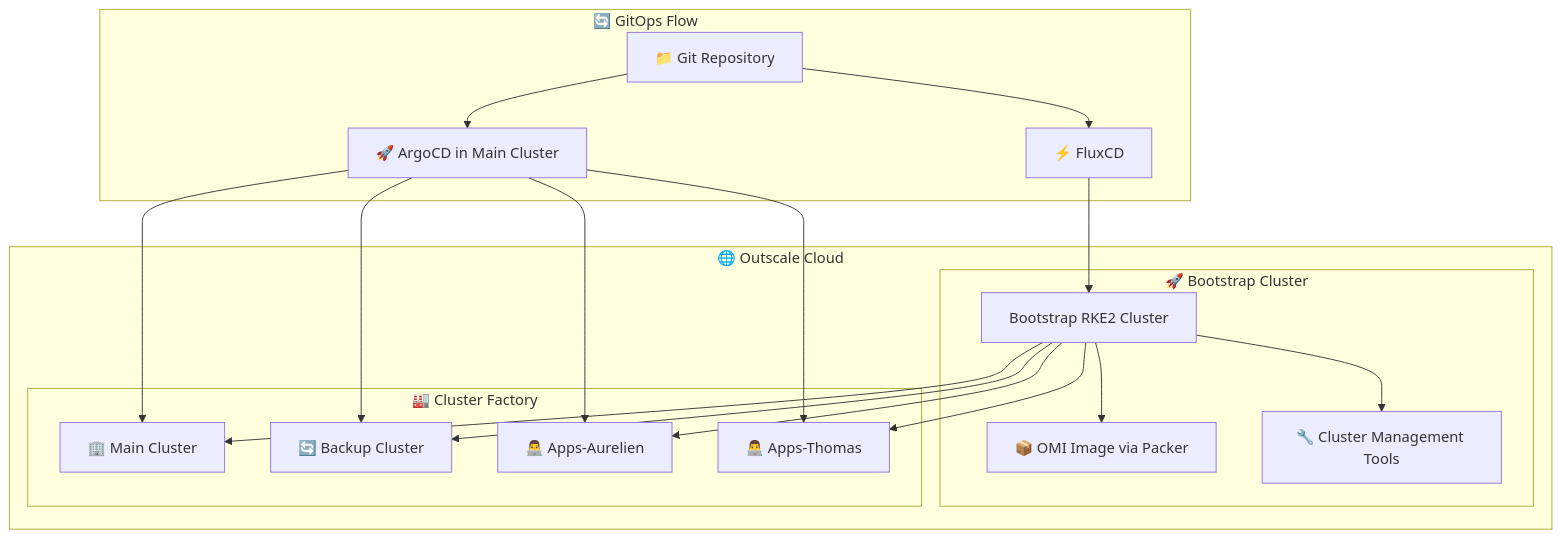
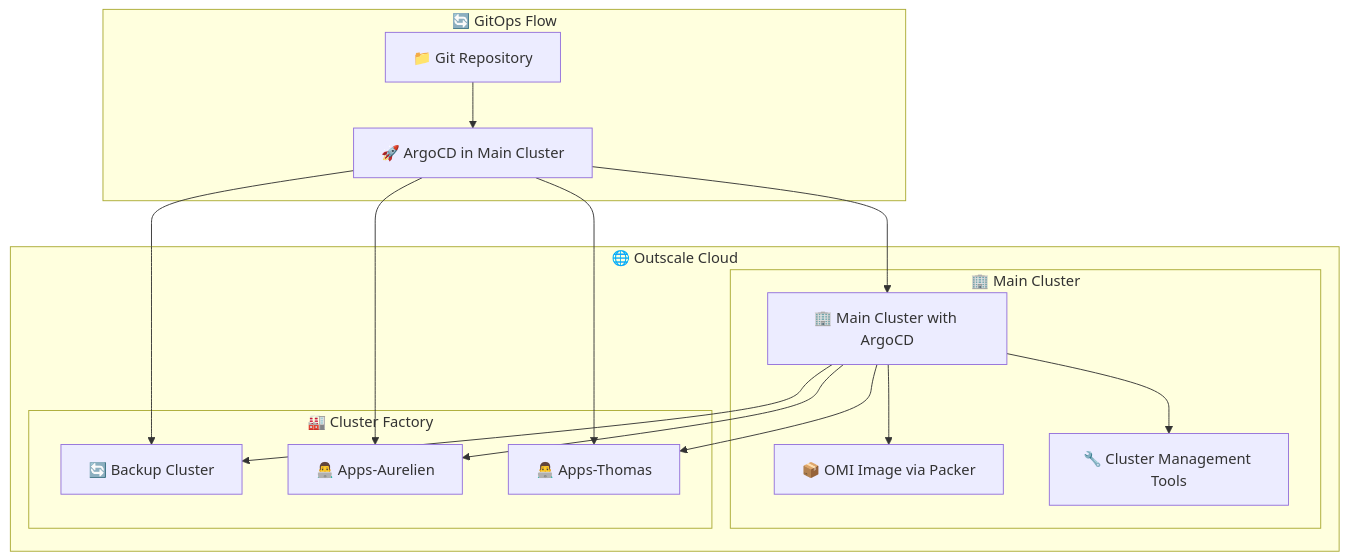
The diagram in profile/README.md (KubLand/.github), drawn with Mermaid before and after one commit. The commit also changed other lines of this file, not shown here.

Commit message:
docs: update schema

````diff
--- a/profile/README.md
+++ b/profile/README.md
@@ -30,33 +30,28 @@
 ```mermaid
 graph TB
     subgraph "🌐 Outscale Cloud"
-        subgraph "🚀 Bootstrap Cluster"
-            BC[Bootstrap RKE2 Cluster]
-            BC --> OMI[📦 OMI Image via Packer]
-            BC --> TOOLS[🔧 Cluster Management Tools]
+        subgraph "🏢 Main Cluster"
+            MAIN[🏢 Main Cluster with ArgoCD]
+            MAIN --> OMI[📦 OMI Image via Packer]
+            MAIN --> TOOLS[🔧 Cluster Management Tools]
         end
 
         subgraph "🏭 Cluster Factory"
-            BC --> MAIN[🏢 Main Cluster]
-            BC --> BACKUP[🔄 Backup Cluster]
-            BC --> AURELIEN[👨‍💻 Apps-Aurelien]
-            BC --> THOMAS[👨‍💻 Apps-Thomas]
+            MAIN --> BACKUP[🔄 Backup Cluster]
+            MAIN --> AURELIEN[👨‍💻 Apps-Aurelien]
+            MAIN --> THOMAS[👨‍💻 Apps-Thomas]
         end
     end
 
     subgraph "🔄 GitOps Flow"
         GIT[📁 Git Repository]
         ARGO[🚀 ArgoCD in Main Cluster]
-        FLUX[⚡ FluxCD]
     end
 
-
     GIT --> ARGO
-    GIT --> FLUX
     ARGO --> MAIN
     ARGO --> BACKUP
     ARGO --> AURELIEN
     ARGO --> THOMAS
-    FLUX --> BC
 
 ```
````
